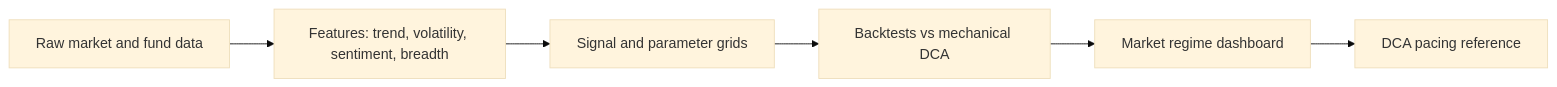
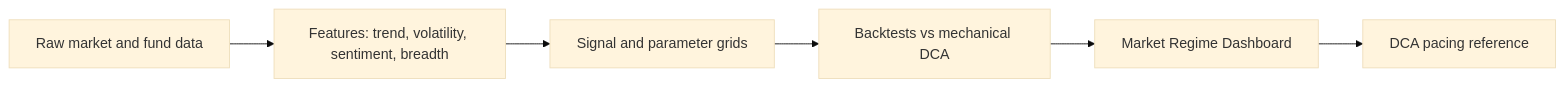
The diagram in README.md (jinsong-y/nasdaq-invest-analysis), drawn with Mermaid (base theme) before and after one commit. The commit also changed other lines of this file and 17 other files, not shown here.

````diff
--- a/README.md
+++ b/README.md
@@ -65,8 +79,8 @@
 ```mermaid
 flowchart LR
   A["Raw market and fund data"] --> B["Features: trend, volatility, sentiment, breadth"]
   B --> C["Signal and parameter grids"]
   C --> D["Backtests vs mechanical DCA"]
-  D --> E["Market regime dashboard"]
+  D --> E["Market Regime Dashboard"]
   E --> F["DCA pacing reference"]
 ```
````
